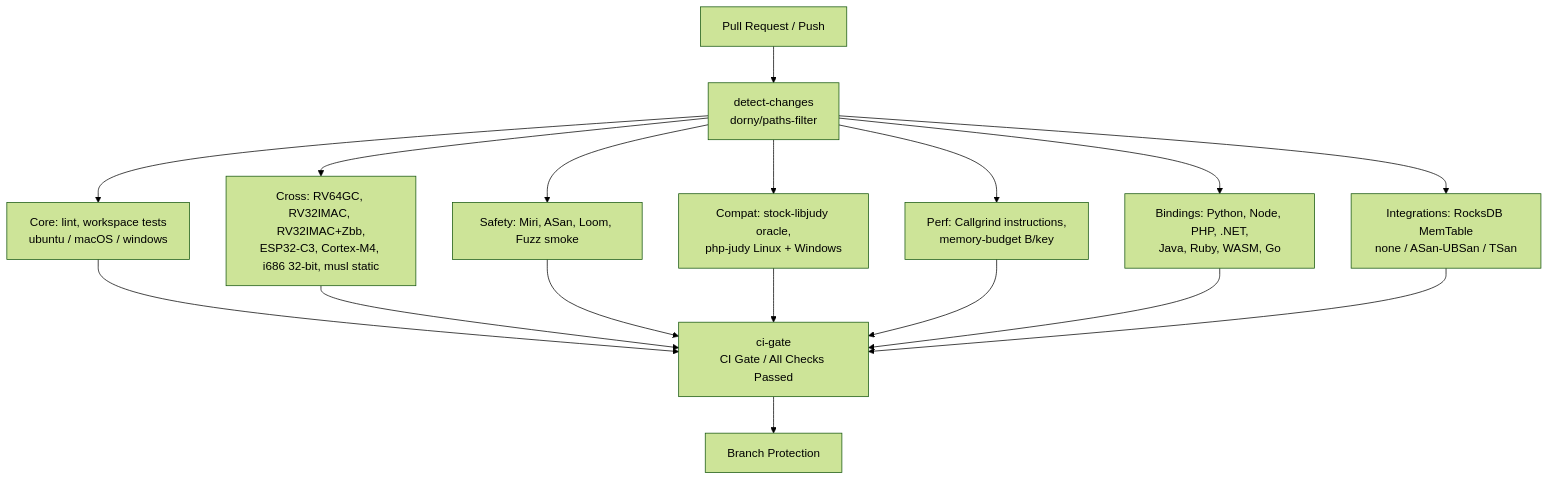
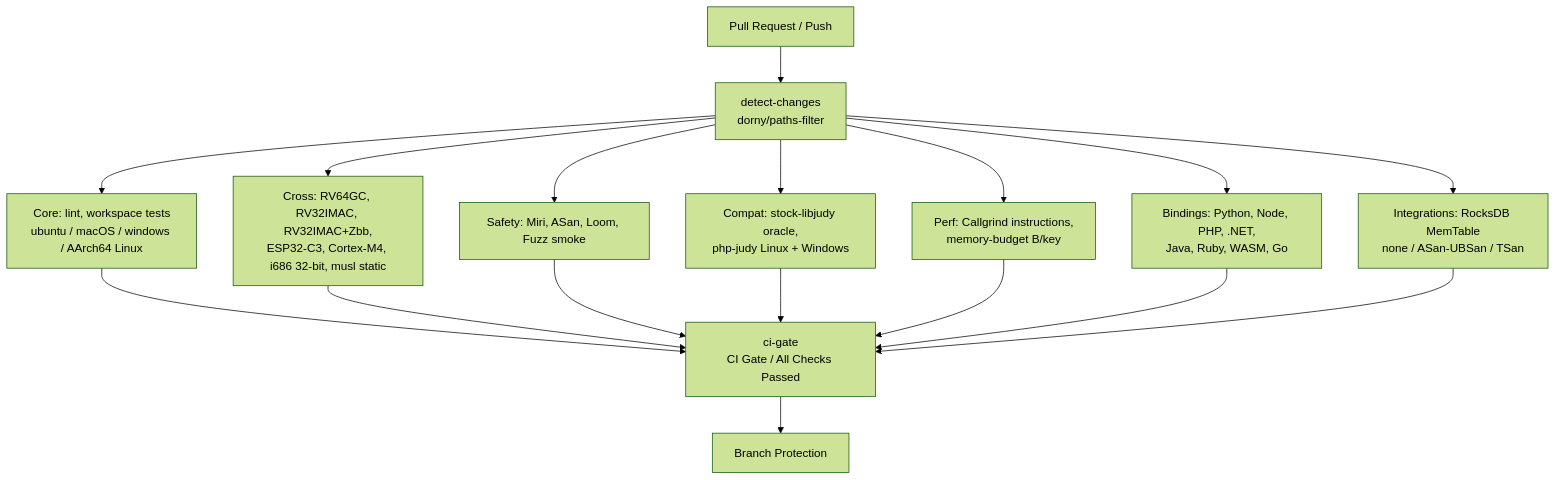
The diagram in docs/CI.md (orieg/expanse), drawn with Mermaid (forest theme) before and after one commit. The commit also changed other lines of this file and 3 other files, not shown here.

````diff
--- a/docs/CI.md
+++ b/docs/CI.md
@@ -19,20 +19,20 @@
 ```mermaid
 graph TD
     PR[Pull Request / Push] --> DC[detect-changes<br/>dorny/paths-filter]
-    DC --> CORE[Core: lint, workspace tests<br/>ubuntu / macOS / windows]
+    DC --> CORE[Core: lint, workspace tests<br/>ubuntu / macOS / windows / AArch64 Linux]
     DC --> CROSS[Cross: RV64GC, RV32IMAC, RV32IMAC+Zbb,<br/>ESP32-C3, Cortex-M4, i686 32-bit, musl static]
     DC --> SAFE[Safety: Miri, ASan, Loom, Fuzz smoke]
     DC --> COMPAT[Compat: stock-libjudy oracle,<br/>php-judy Linux + Windows]
     DC --> PERF[Perf: Callgrind instructions,<br/>memory-budget B/key]
     DC --> BIND[Bindings: Python, Node, PHP, .NET,<br/>Java, Ruby, WASM, Go]
     DC --> INTEG[Integrations: RocksDB MemTable<br/>none / ASan-UBSan / TSan]
 
     CORE --> GATE[ci-gate<br/>CI Gate / All Checks Passed]
     CROSS --> GATE
     SAFE --> GATE
     COMPAT --> GATE
     PERF --> GATE
     BIND --> GATE
     INTEG --> GATE
     GATE --> BP[Branch Protection]
 ```
````
